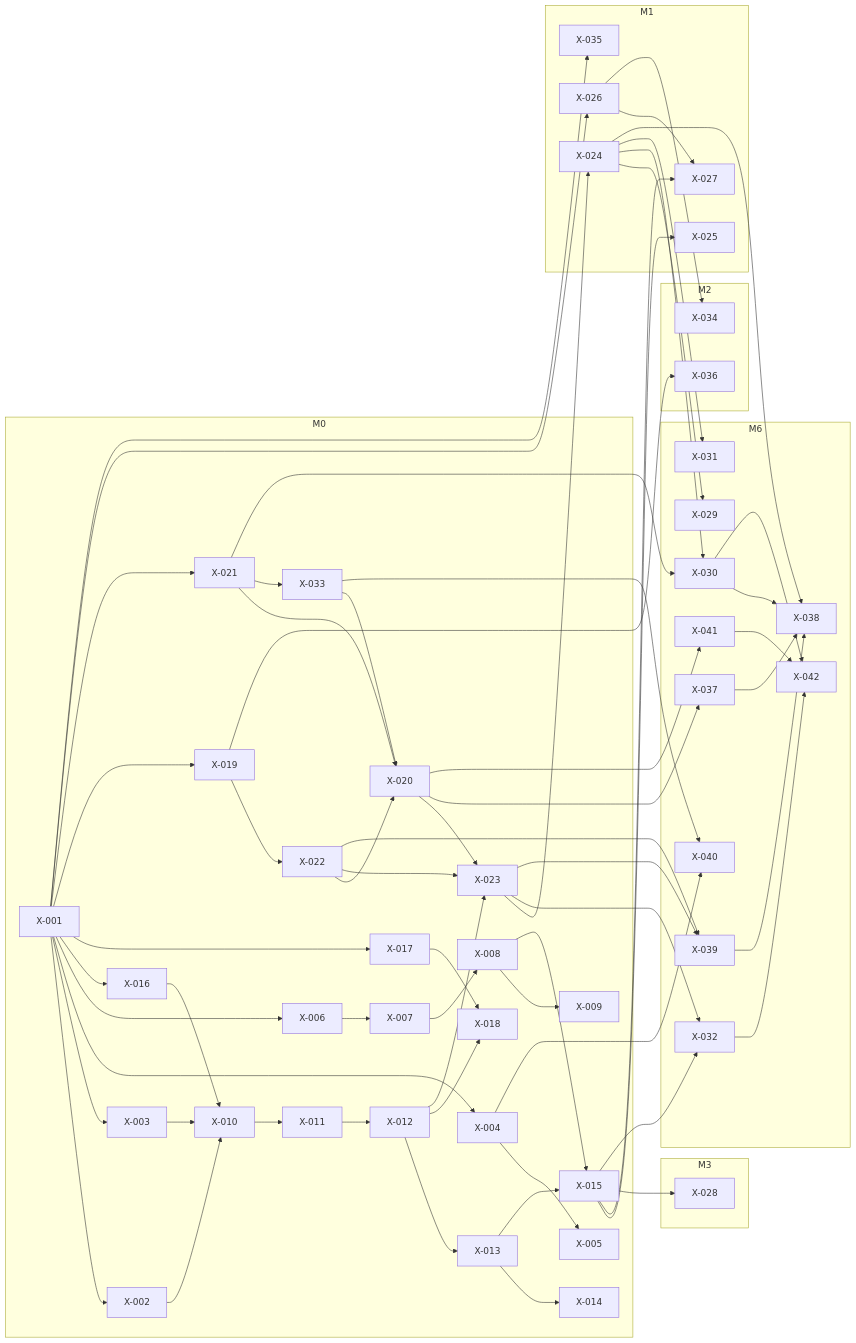
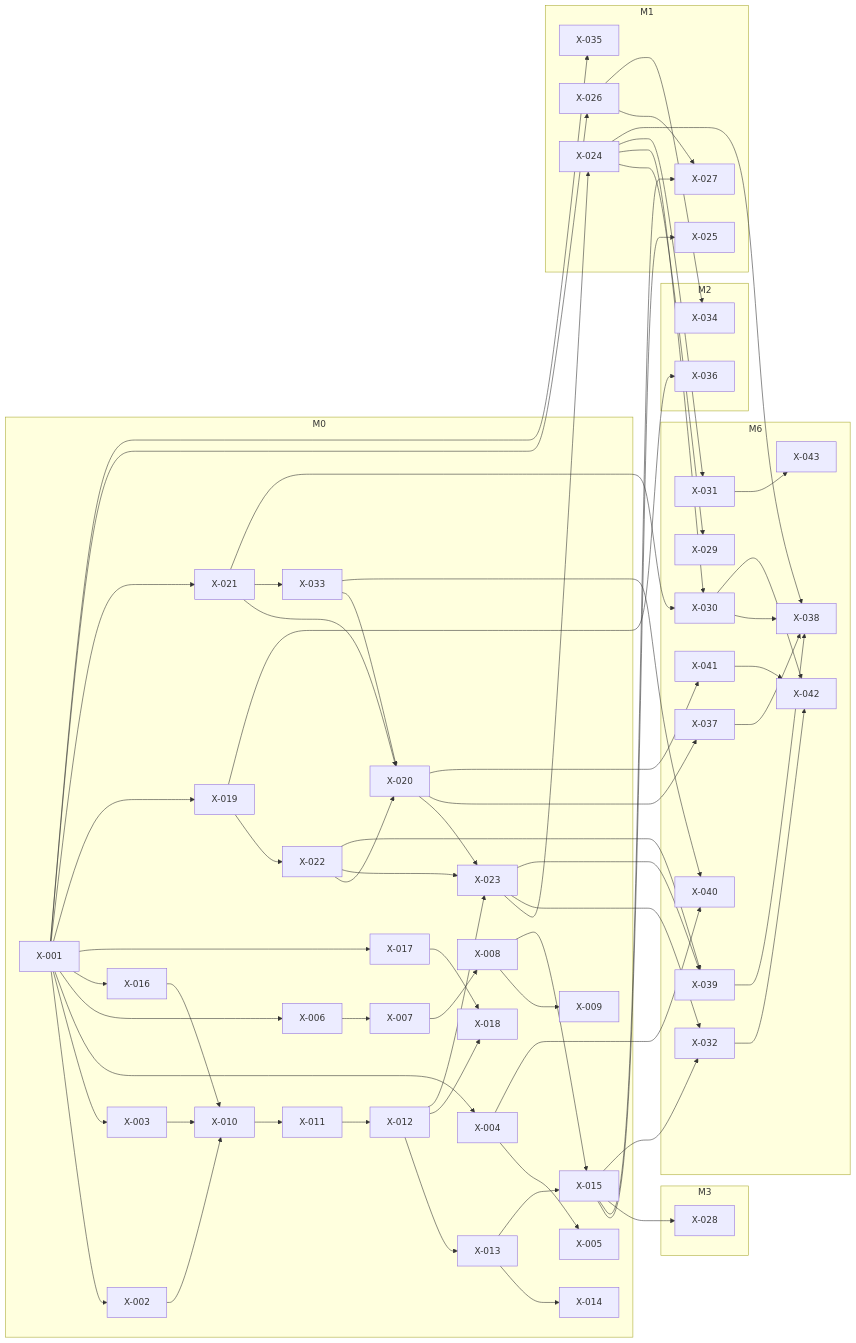
The diagram in docs/mvp/plans/foundation-tasks.md (bhagwati-prasad/velexis-ota), drawn with Mermaid before and after one commit. The commit also changed other lines of this file and 6 other files, not shown here.

````diff
--- a/docs/mvp/plans/foundation-tasks.md
+++ b/docs/mvp/plans/foundation-tasks.md
@@ -1208,6 +1229,7 @@
     X_040["X-040"]
     X_041["X-041"]
     X_042["X-042"]
+    X_043["X-043"]
   end
   X_001 --> X_002
   X_001 --> X_003
@@ -1268,4 +1290,5 @@
   X_032 --> X_042
   X_030 --> X_042
   X_041 --> X_042
+  X_031 --> X_043
 ```
````
